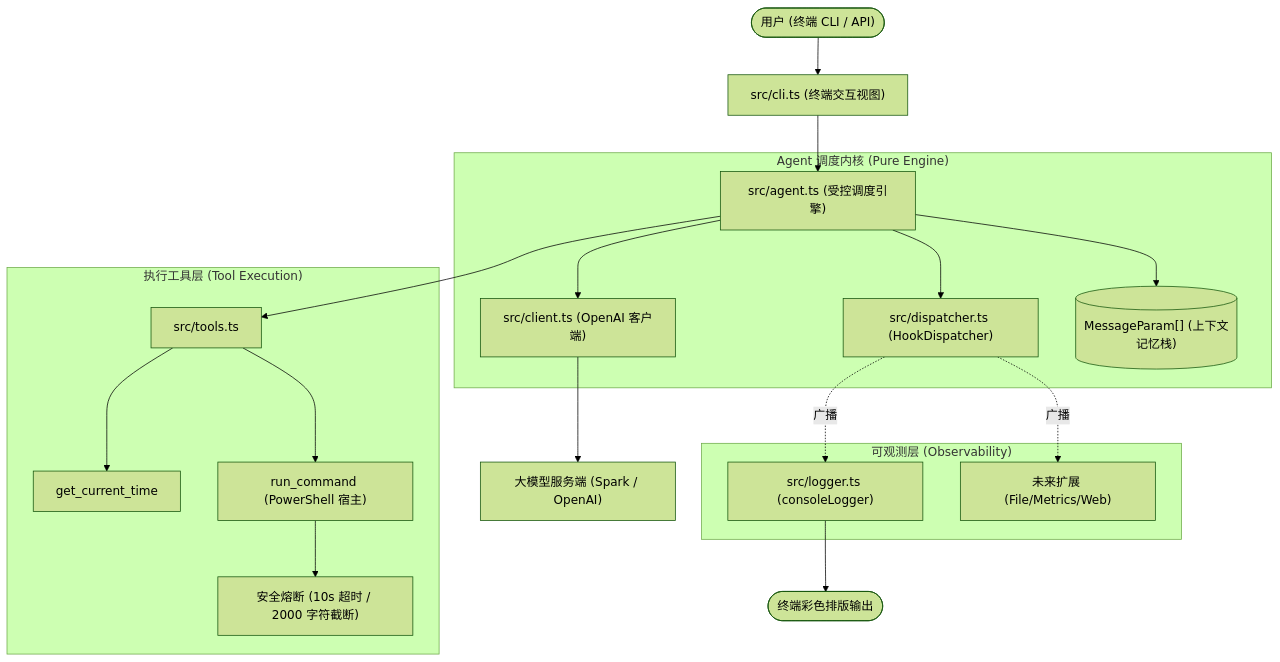
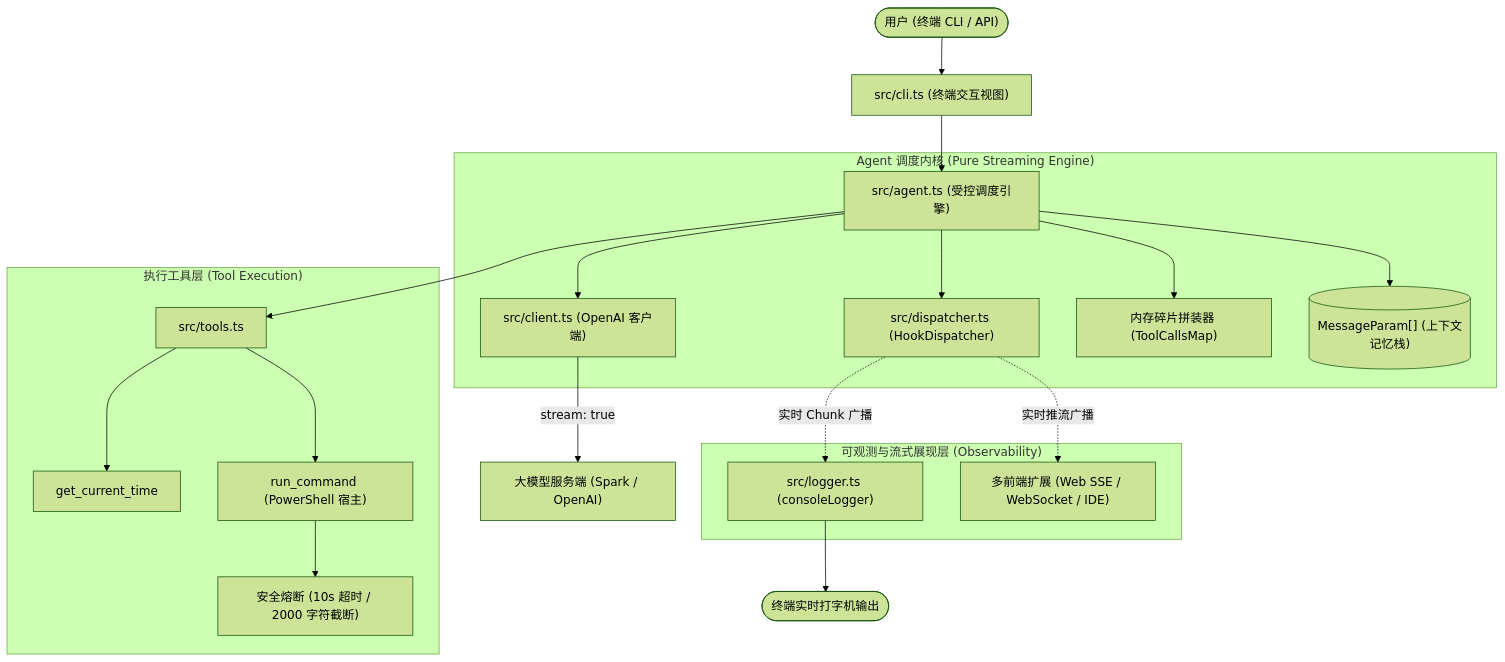
The diagram in docs/README.md (Yancheng-s/ycc), drawn with Mermaid (forest theme) before and after one commit. The commit also changed other lines of this file and 9 other files, not shown here.

Commit message:
feat: implement core agent chat loop, streaming, and tool execution system

````diff
--- a/docs/README.md
+++ b/docs/README.md
@@ -21,26 +22,27 @@
 ```mermaid
 flowchart TD
     User(["用户 (终端 CLI / API)"]) --> CLI["src/cli.ts (终端交互视图)"]
     CLI --> Agent["src/agent.ts (受控调度引擎)"]
 
-    subgraph Kernel ["Agent 调度内核 (Pure Engine)"]
+    subgraph Kernel ["Agent 调度内核 (Pure Streaming Engine)"]
         Agent --> Dispatcher["src/dispatcher.ts (HookDispatcher)"]
         Agent --> Client["src/client.ts (OpenAI 客户端)"]
+        Agent --> Assembler["内存碎片拼装器 (ToolCallsMap)"]
         Agent --> Memory[("MessageParam[] (上下文记忆栈)")]
     end
 
-    subgraph Observability ["可观测层 (Observability)"]
-        Dispatcher -. 广播 .-> Logger["src/logger.ts (consoleLogger)"]
-        Dispatcher -. 广播 .-> Monitor["未来扩展 (File/Metrics/Web)"]
+    subgraph Observability ["可观测与流式展现层 (Observability)"]
+        Dispatcher -. 实时 Chunk 广播 .-> Logger["src/logger.ts (consoleLogger)"]
+        Dispatcher -. 实时推流广播 .-> Monitor["多前端扩展 (Web SSE / WebSocket / IDE)"]
     end
 
     subgraph Tools ["执行工具层 (Tool Execution)"]
         Agent --> ToolRunner["src/tools.ts"]
         ToolRunner --> TimeTool["get_current_time"]
         ToolRunner --> ShellTool["run_command (PowerShell 宿主)"]
         ShellTool --> Safety["安全熔断 (10s 超时 / 2000 字符截断)"]
     end
 
-    Client --> LLM["大模型服务端 (Spark / OpenAI)"]
-    Logger --> ConsoleOutput(["终端彩色排版输出"])
+    Client -->|stream: true| LLM["大模型服务端 (Spark / OpenAI)"]
+    Logger --> ConsoleOutput(["终端实时打字机输出"])
 ```
````
